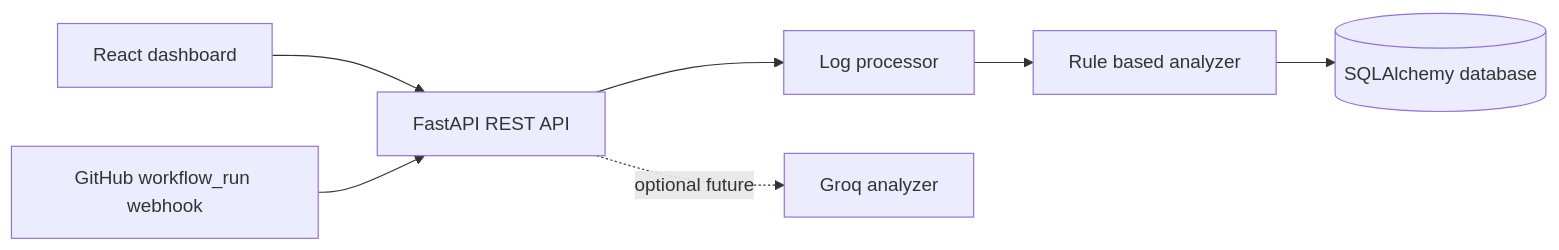
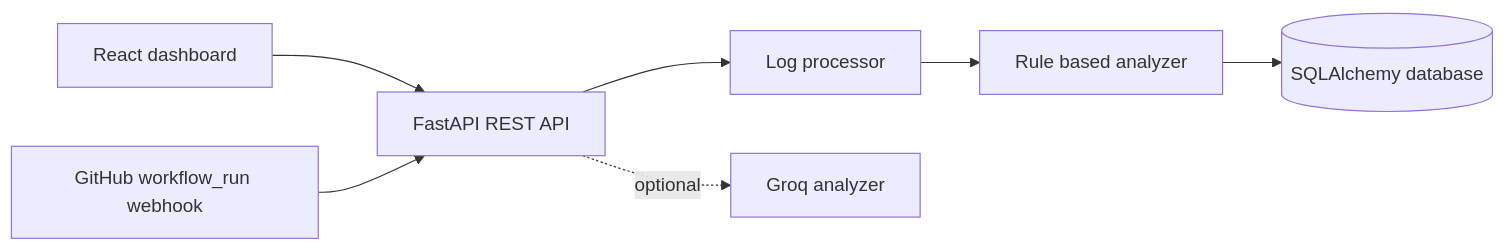
Before and after one commit to ShaliniBangamuwage/PipelineMedic: the diagram in docs/architecture.md, drawn with Mermaid. The commit also changed other lines of this file and 79 other files, not shown here.

````diff
--- a/docs/architecture.md
+++ b/docs/architecture.md
@@ -5,9 +5,9 @@
 ```mermaid
 flowchart LR
   UI[React dashboard] --> API[FastAPI REST API]
   API --> LP[Log processor]
   LP --> RB[Rule based analyzer]
   RB --> DB[(SQLAlchemy database)]
   GH[GitHub workflow_run webhook] --> API
-  API -. optional future .-> AI[Groq analyzer]
+  API -. optional .-> AI[Groq analyzer]
 ```
````
